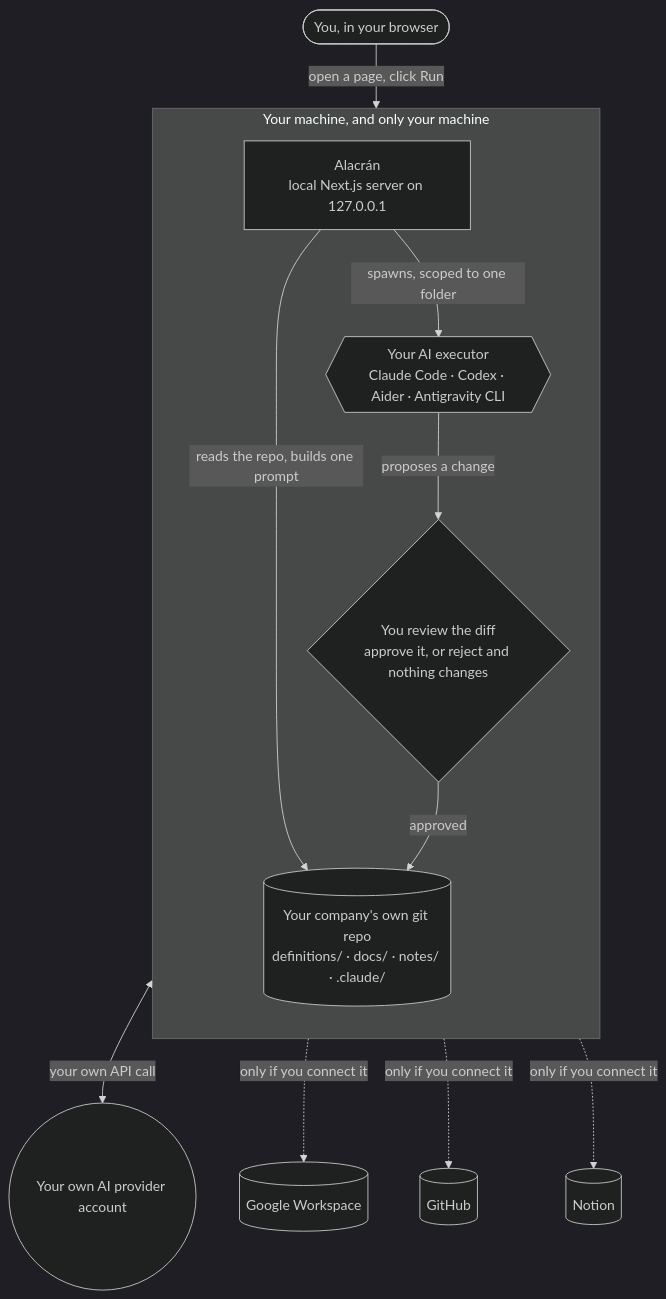
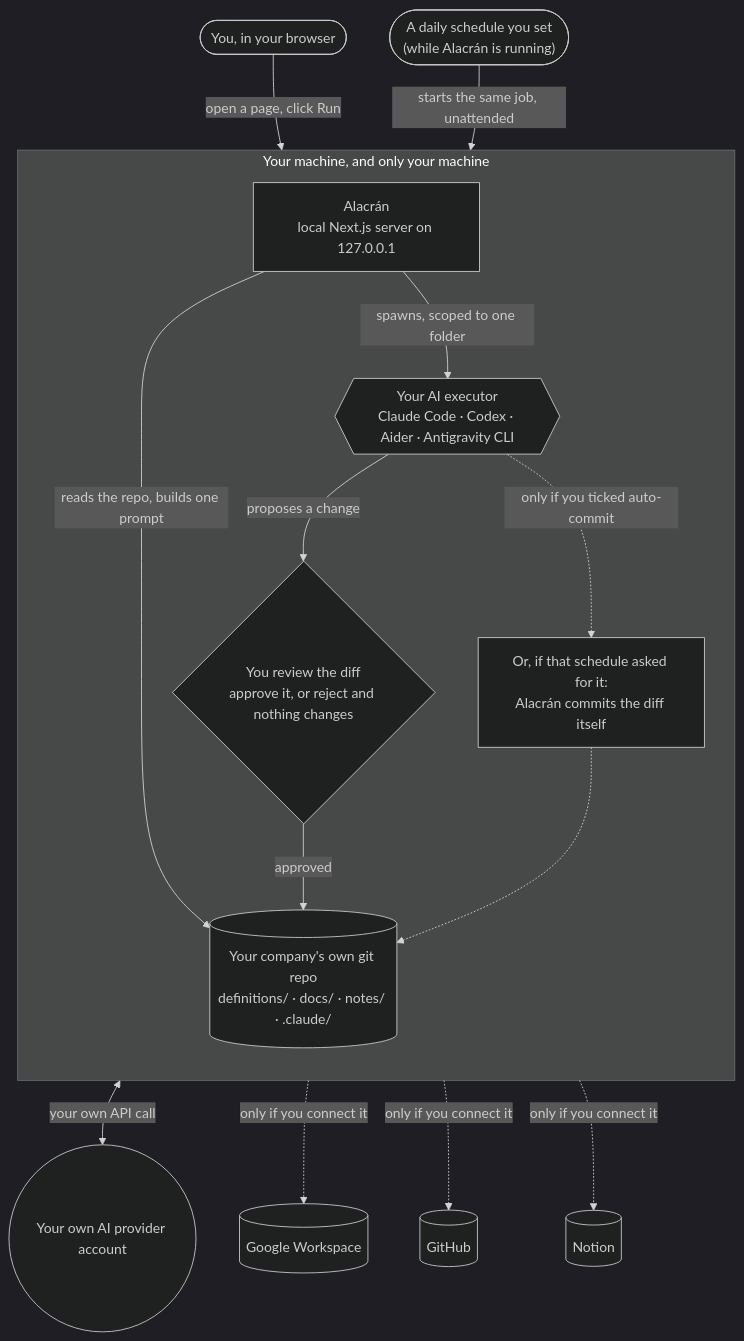
The diagram in README.md (kwakuoseikwakye/alacran), drawn with Mermaid (dark theme) before and after one commit. The commit also changed other lines of this file and 15 other files, not shown here.

````diff
--- a/README.md
+++ b/README.md
@@ -224,27 +235,31 @@
 ```mermaid
 flowchart TD
     You(["You, in your browser"]) -->|"open a page, click Run"| App
+    Clock(["A daily schedule you set<br/>(while Alacrán is running)"]) -->|"starts the same job, unattended"| App
 
     subgraph Machine["Your machine, and only your machine"]
         direction TB
         App["Alacrán<br/>local Next.js server on 127.0.0.1"]
         Repo[("Your company's own git repo<br/>definitions/ · docs/ · notes/ · .claude/")]
         Agent{{"Your AI executor<br/>Claude Code · Codex · Aider · Antigravity CLI"}}
         Gate{"You review the diff<br/>approve it, or reject and nothing changes"}
+        Auto["Or, if that schedule asked for it:<br/>Alacrán commits the diff itself"]
     end
 
     Provider(("Your own AI provider account"))
     Google[("Google Workspace")]
     GitHubSvc[("GitHub")]
     Notion[("Notion")]
 
     App -->|"reads the repo, builds one prompt"| Repo
     App -->|"spawns, scoped to one folder"| Agent
     Agent <-->|"your own API call"| Provider
     Agent -->|"proposes a change"| Gate
     Gate -->|"approved"| Repo
+    Agent -.->|"only if you ticked auto-commit"| Auto
+    Auto -.-> Repo
 
     App -.->|"only if you connect it"| Google
     App -.->|"only if you connect it"| GitHubSvc
     App -.->|"only if you connect it"| Notion
 ```
````
